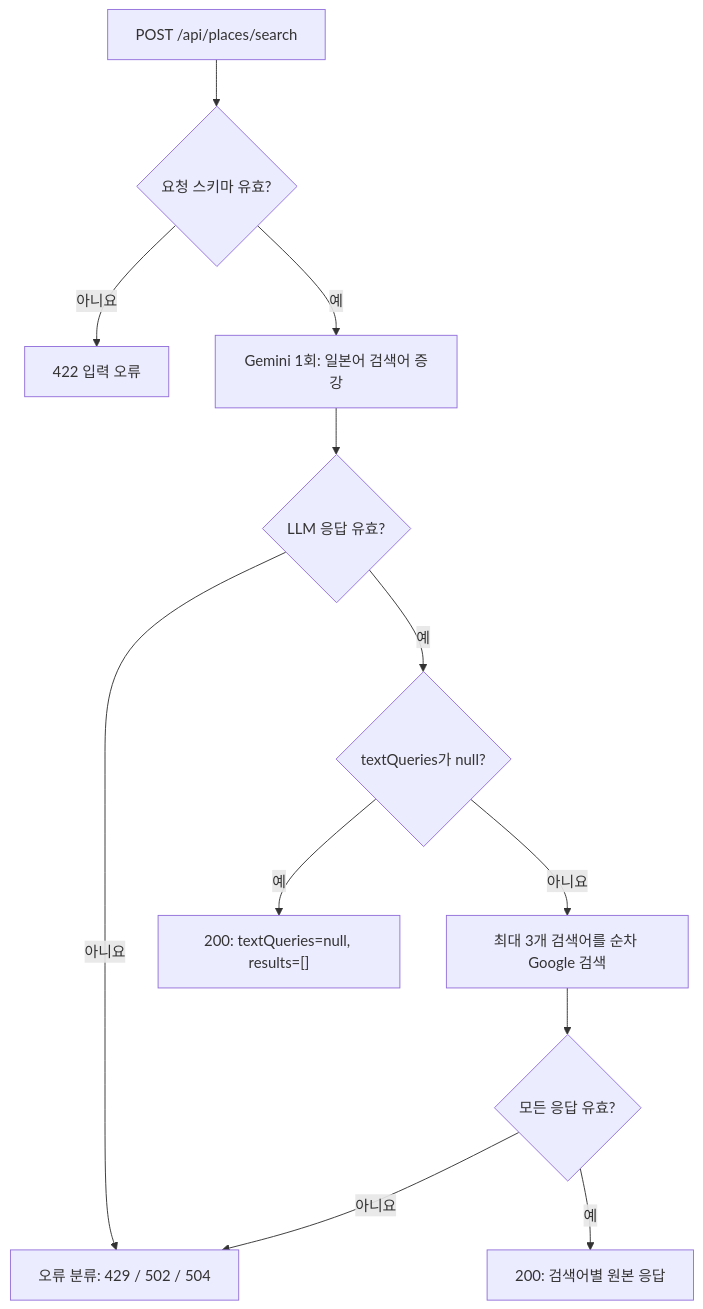
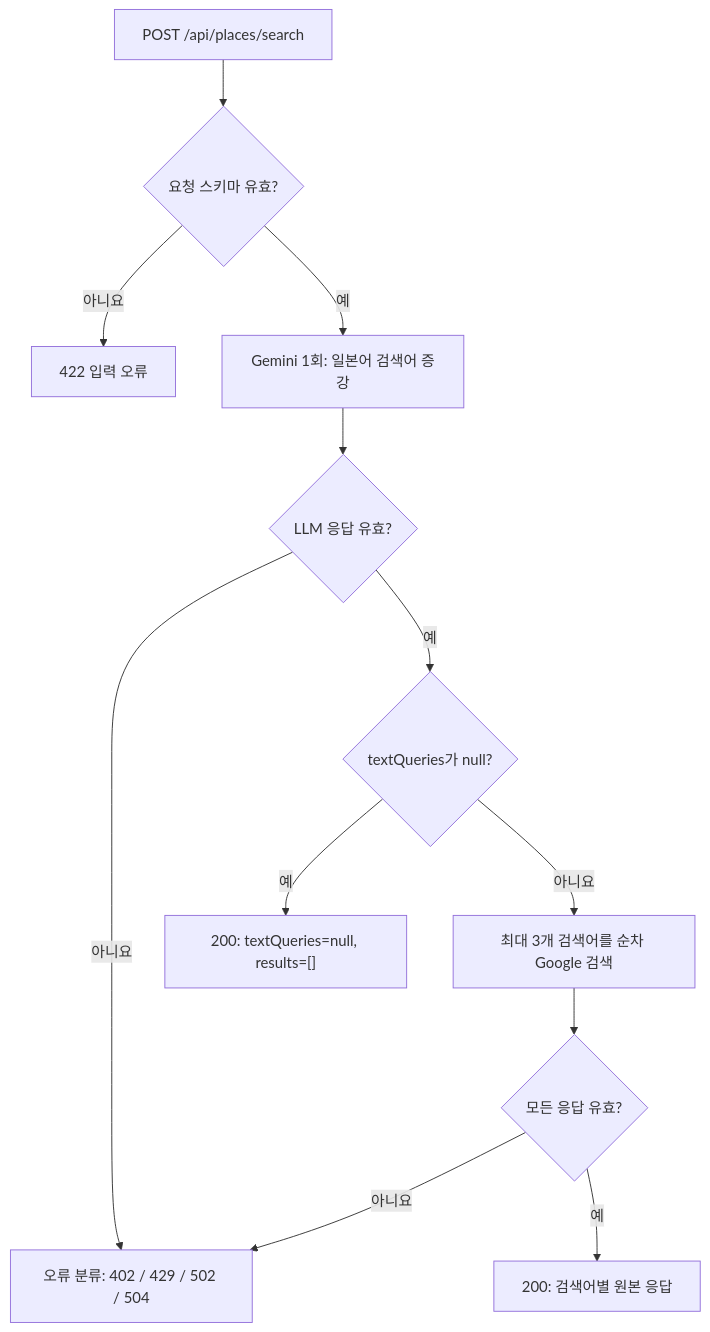
One commit to KimTaeYun02/JPass-Opt changed the diagram in backend/docs/text_search.md. Above: the diagram before and after it, drawn with Mermaid. The commit also changed other lines of this file and 11 other files, not shown here.

````diff
--- a/backend/docs/text_search.md
+++ b/backend/docs/text_search.md
@@ -264,14 +264,14 @@
 ```mermaid
 flowchart TD
     A["POST /api/places/search"] --> B{"요청 스키마 유효?"}
     B -- 아니요 --> E422["422 입력 오류"]
     B -- 예 --> D["Gemini 1회: 일본어 검색어 증강"]
     D --> V{"LLM 응답 유효?"}
-    V -- 아니요 --> E["오류 분류: 429 / 502 / 504"]
+    V -- 아니요 --> E["오류 분류: 402 / 429 / 502 / 504"]
     V -- 예 --> N{"textQueries가 null?"}
     N -- 예 --> Z["200: textQueries=null, results=[]"]
     N -- 아니요 --> Q["최대 3개 검색어를 순차 Google 검색"]
     Q --> G{"모든 응답 유효?"}
     G -- 아니요 --> E
     G -- 예 --> OK["200: 검색어별 원본 응답"]
 ```
````
